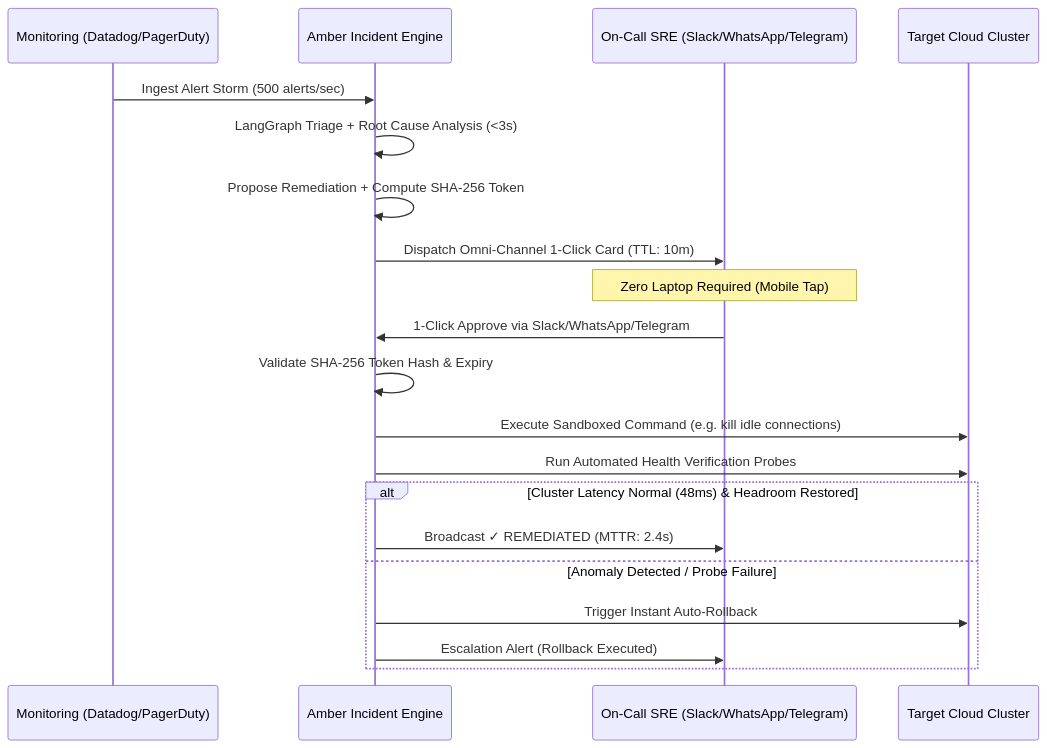
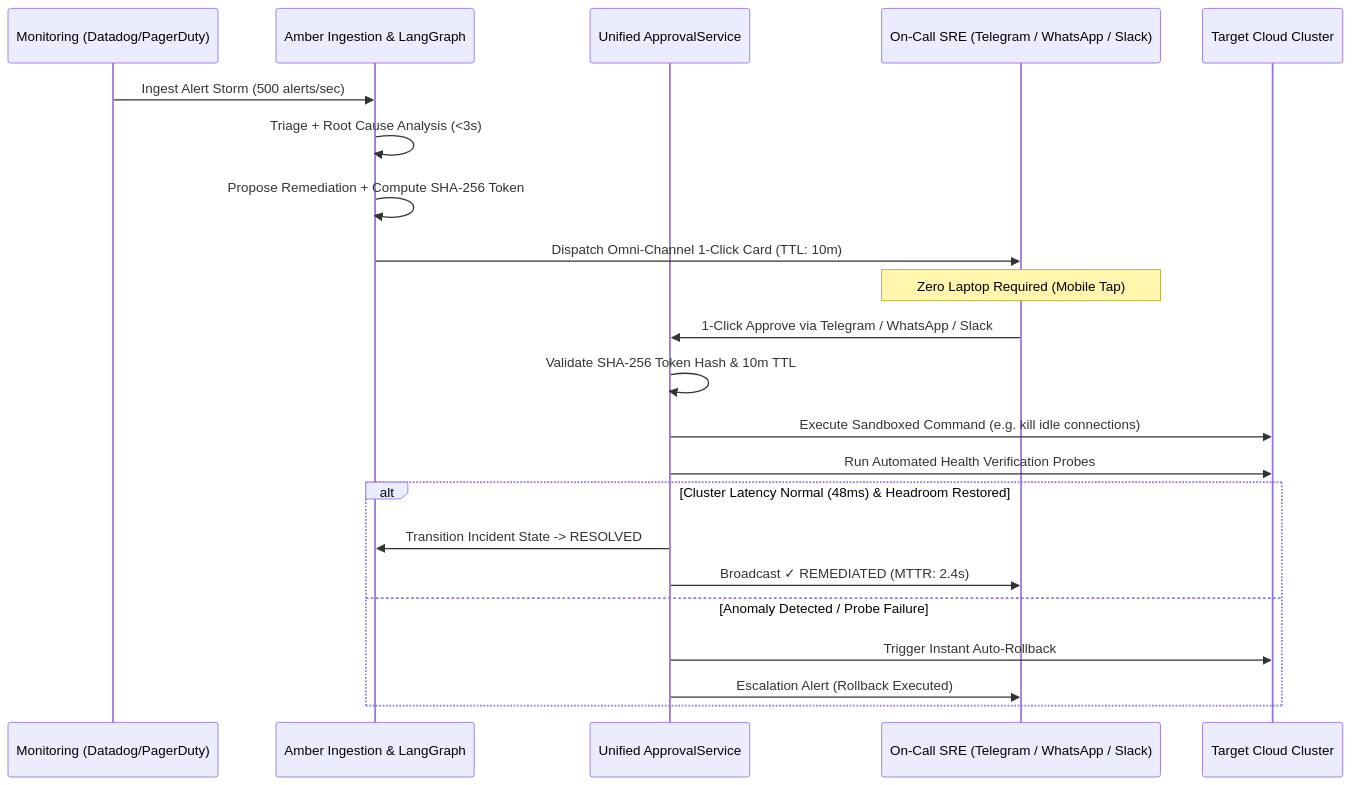
One commit to himanshu-xyz-1/Amber changed the diagram in docs/04-hitl-permission-system.md. Above: the diagram before and after it, drawn with Mermaid. The commit also changed other lines of this file and 3 other files, not shown here.

Commit message:
docs: sync system architecture, multi-container docker stack, telegram bot, and live ambersre.xyz platform

````diff
--- a/docs/04-hitl-permission-system.md
+++ b/docs/04-hitl-permission-system.md
@@ -13,26 +13,28 @@
 ```mermaid
 sequenceDiagram
     participant Alert as Monitoring (Datadog/PagerDuty)
-    participant Amber as Amber Incident Engine
-    participant SRE as On-Call SRE (Slack/WhatsApp/Telegram)
+    participant Amber as Amber Ingestion & LangGraph
+    participant Appr as Unified ApprovalService
+    participant SRE as On-Call SRE (Telegram / WhatsApp / Slack)
     participant VPC as Target Cloud Cluster
 
     Alert->>Amber: Ingest Alert Storm (500 alerts/sec)
-    Amber->>Amber: LangGraph Triage + Root Cause Analysis (<3s)
+    Amber->>Amber: Triage + Root Cause Analysis (<3s)
     Amber->>Amber: Propose Remediation + Compute SHA-256 Token
     Amber->>SRE: Dispatch Omni-Channel 1-Click Card (TTL: 10m)
     
     Note over SRE: Zero Laptop Required (Mobile Tap)
-    SRE->>Amber: 1-Click Approve via Slack/WhatsApp/Telegram
+    SRE->>Appr: 1-Click Approve via Telegram / WhatsApp / Slack
     
-    Amber->>Amber: Validate SHA-256 Token Hash & Expiry
-    Amber->>VPC: Execute Sandboxed Command (e.g. kill idle connections)
-    Amber->>VPC: Run Automated Health Verification Probes
+    Appr->>Appr: Validate SHA-256 Token Hash & 10m TTL
+    Appr->>VPC: Execute Sandboxed Command (e.g. kill idle connections)
+    Appr->>VPC: Run Automated Health Verification Probes
     
     alt Cluster Latency Normal (48ms) & Headroom Restored
-        Amber->>SRE: Broadcast ✓ REMEDIATED (MTTR: 2.4s)
+        Appr->>Amber: Transition Incident State -> RESOLVED
+        Appr->>SRE: Broadcast ✓ REMEDIATED (MTTR: 2.4s)
     else Anomaly Detected / Probe Failure
-        Amber->>VPC: Trigger Instant Auto-Rollback
-        Amber->>SRE: Escalation Alert (Rollback Executed)
+        Appr->>VPC: Trigger Instant Auto-Rollback
+        Appr->>SRE: Escalation Alert (Rollback Executed)
     end
 ```
````
